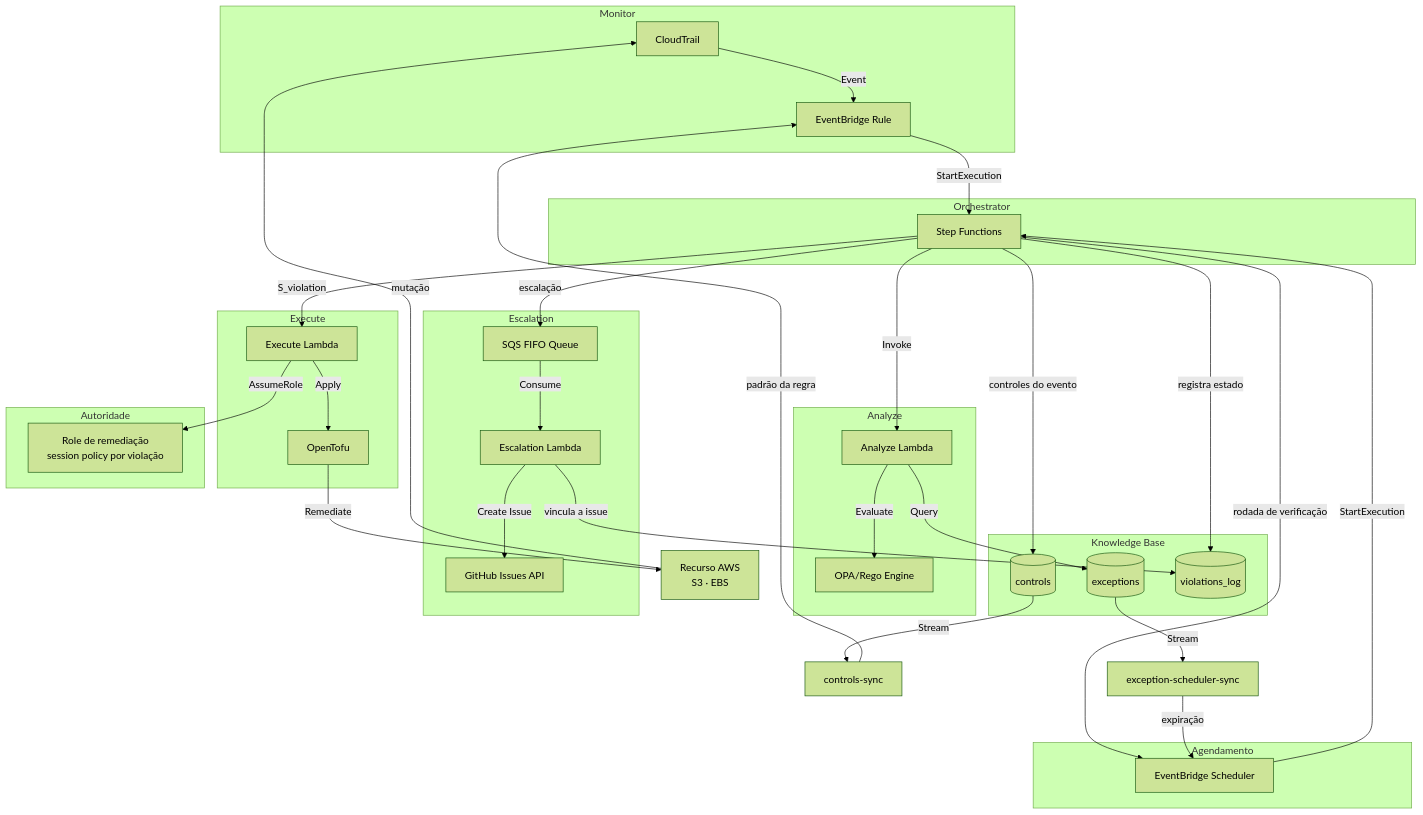
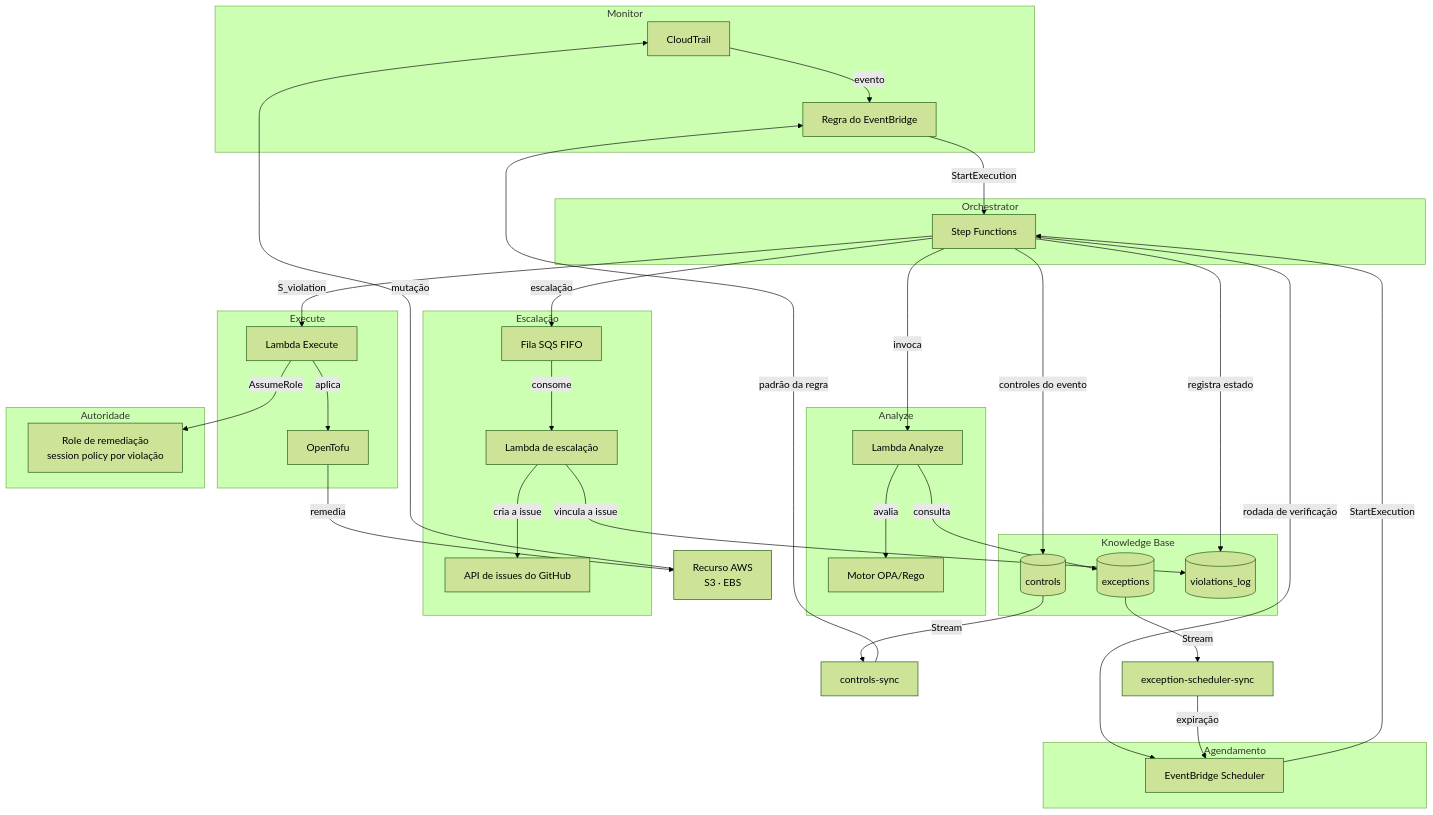
The first of 6 diagrams in .kiro/specs/mvp-compliance-automation-loop/design.md (ricardoandreh/compliance-loop), drawn with Mermaid (forest theme) before and after one commit. The commit also changed other lines of this file and 2 other files, not shown here.

First line of the commit message:
write the design in Portuguese: headings, properties, labels and diagrams

````diff
--- a/.kiro/specs/mvp-compliance-automation-loop/design.md
+++ b/.kiro/specs/mvp-compliance-automation-loop/design.md
@@ -138,62 +138,62 @@
 ```mermaid
 graph TB
     subgraph "Monitor"
         CT[CloudTrail]
-        EB[EventBridge Rule]
+        EB[Regra do EventBridge]
     end
     
     subgraph "Orchestrator"
         SF[Step Functions]
     end
     
     subgraph "Analyze"
-        AL[Analyze Lambda]
-        OPA[OPA/Rego Engine]
+        AL[Lambda Analyze]
+        OPA[Motor OPA/Rego]
     end
     
     subgraph "Execute"
-        EL[Execute Lambda]
+        EL[Lambda Execute]
         TF[OpenTofu]
     end
     
     subgraph "Knowledge Base"
         DB1[(controls)]
         DB2[(exceptions)]
         DB3[(violations_log)]
     end
     
-    subgraph "Escalation"
-        SQS[SQS FIFO Queue]
-        ESC[Escalation Lambda]
-        GH[GitHub Issues API]
+    subgraph "Escalação"
+        SQS[Fila SQS FIFO]
+        ESC[Lambda de escalação]
+        GH[API de issues do GitHub]
     end
     
     subgraph "Autoridade"
         RR[Role de remediação<br/>session policy por violação]
     end
 
     subgraph "Agendamento"
         SCH[EventBridge Scheduler]
     end
 
     RES[Recurso AWS<br/>S3 · EBS] -->|mutação| CT
-    CT -->|Event| EB
+    CT -->|evento| EB
     EB -->|StartExecution| SF
     DB1 -->|Stream| CS[controls-sync] -->|padrão da regra| EB
     SF -->|controles do evento| DB1
-    SF -->|Invoke| AL
-    AL -->|Query| DB2
-    AL -->|Evaluate| OPA
+    SF -->|invoca| AL
+    AL -->|consulta| DB2
+    AL -->|avalia| OPA
     SF -->|registra estado| DB3
     SF -->|S_violation| EL
     EL -->|AssumeRole| RR
-    EL -->|Apply| TF
-    TF -->|Remediate| RES
+    EL -->|aplica| TF
+    TF -->|remedia| RES
     SF -->|rodada de verificação| SCH
     DB2 -->|Stream| XS[exception-scheduler-sync] -->|expiração| SCH
     SCH -->|StartExecution| SF
     SF -->|escalação| SQS
-    SQS -->|Consume| ESC
-    ESC -->|Create Issue| GH
+    SQS -->|consome| ESC
+    ESC -->|cria a issue| GH
     ESC -->|vincula a issue| DB3
 ```
````
